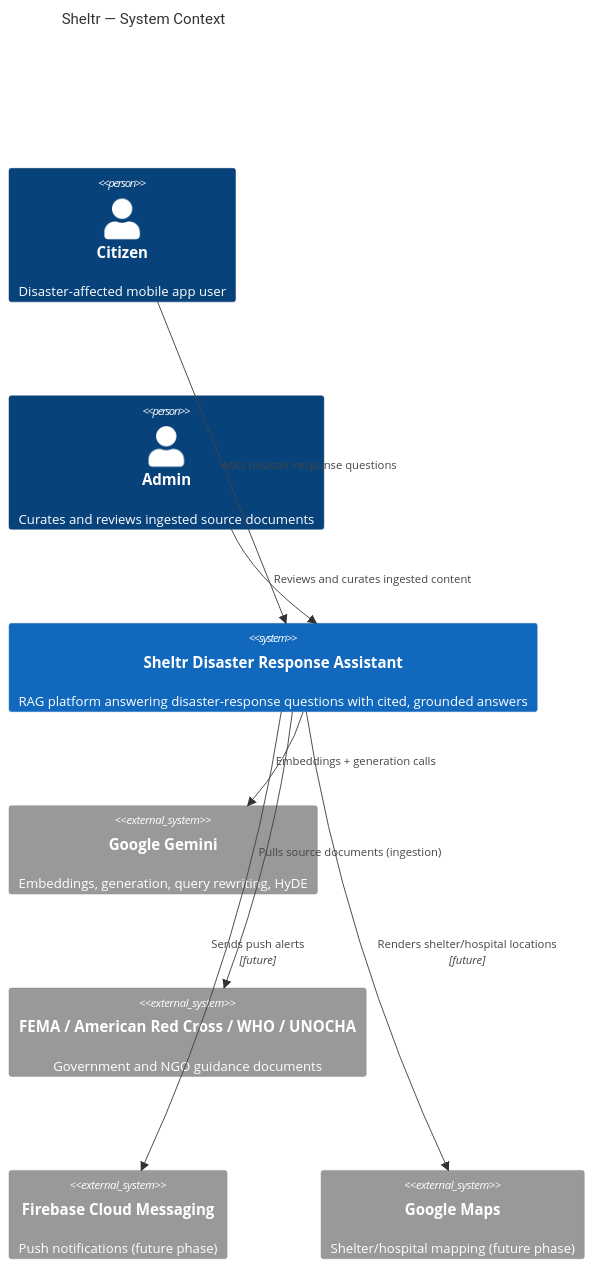
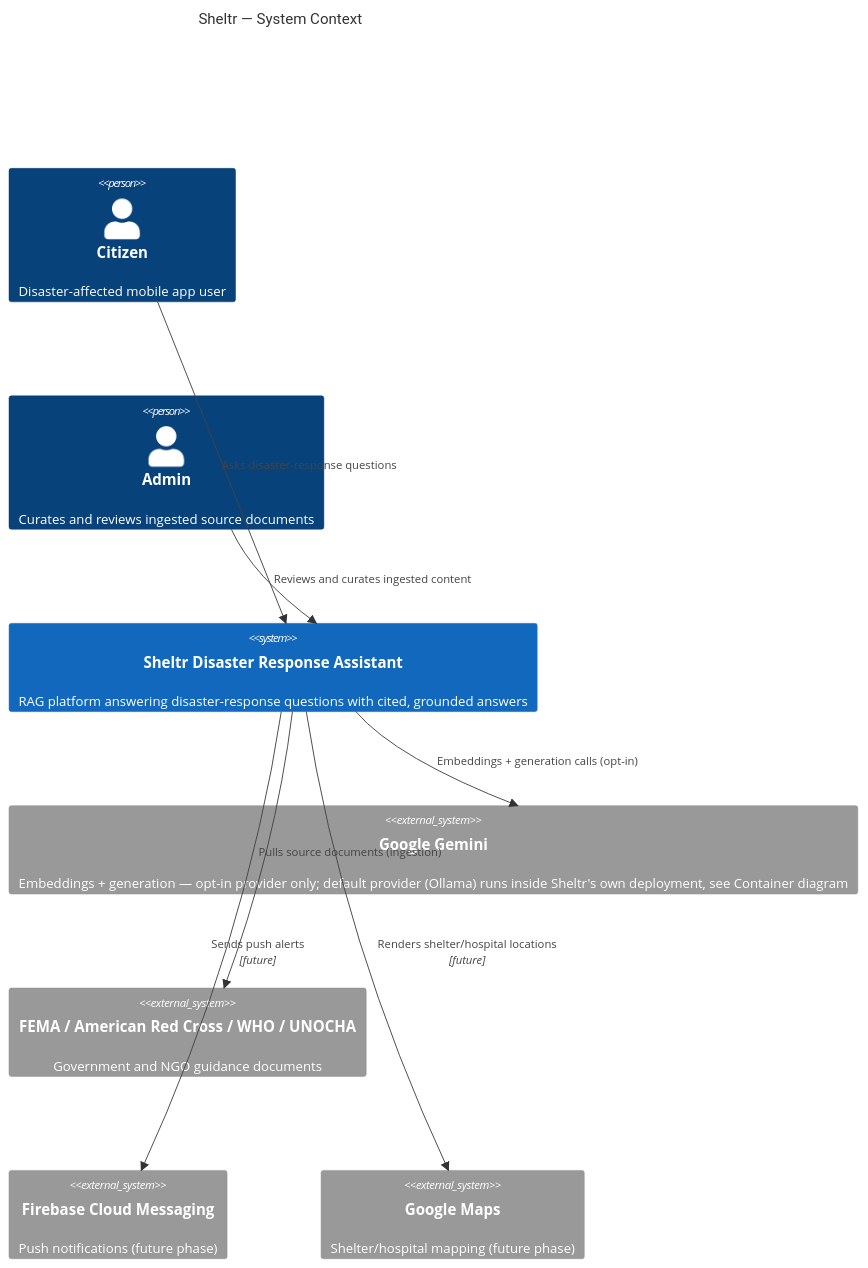
The diagram in docs/diagrams/system-context.mmd (wosslabs/sheltr), drawn with Mermaid before and after one commit. The commit also changed 8 other files, not shown here.

```diff
--- a/docs/diagrams/system-context.mmd
+++ b/docs/diagrams/system-context.mmd
@@ -1,19 +1,19 @@
 C4Context
   title Sheltr — System Context
 
   Person(citizen, "Citizen", "Disaster-affected mobile app user")
   Person(admin, "Admin", "Curates and reviews ingested source documents")
 
   System(sheltr, "Sheltr Disaster Response Assistant", "RAG platform answering disaster-response questions with cited, grounded answers")
 
-  System_Ext(gemini, "Google Gemini", "Embeddings, generation, query rewriting, HyDE")
+  System_Ext(gemini, "Google Gemini", "Embeddings + generation — opt-in provider only; default provider (Ollama) runs inside Sheltr's own deployment, see Container diagram")
   System_Ext(sources, "FEMA / American Red Cross / WHO / UNOCHA", "Government and NGO guidance documents")
   System_Ext(fcm, "Firebase Cloud Messaging", "Push notifications (future phase)")
   System_Ext(maps, "Google Maps", "Shelter/hospital mapping (future phase)")
 
   Rel(citizen, sheltr, "Asks disaster-response questions")
   Rel(admin, sheltr, "Reviews and curates ingested content")
-  Rel(sheltr, gemini, "Embeddings + generation calls")
+  Rel(sheltr, gemini, "Embeddings + generation calls (opt-in)")
   Rel(sheltr, sources, "Pulls source documents (ingestion)")
   Rel(sheltr, fcm, "Sends push alerts", "future")
   Rel(sheltr, maps, "Renders shelter/hospital locations", "future")
```
